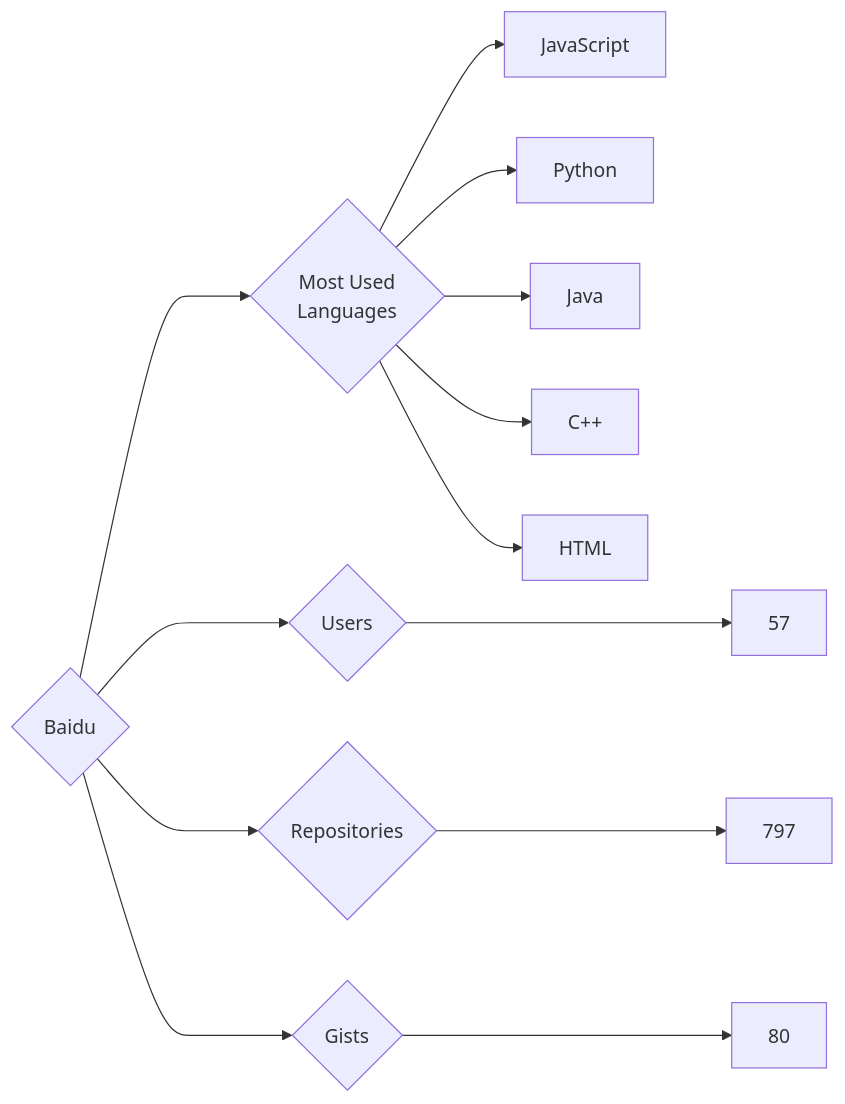
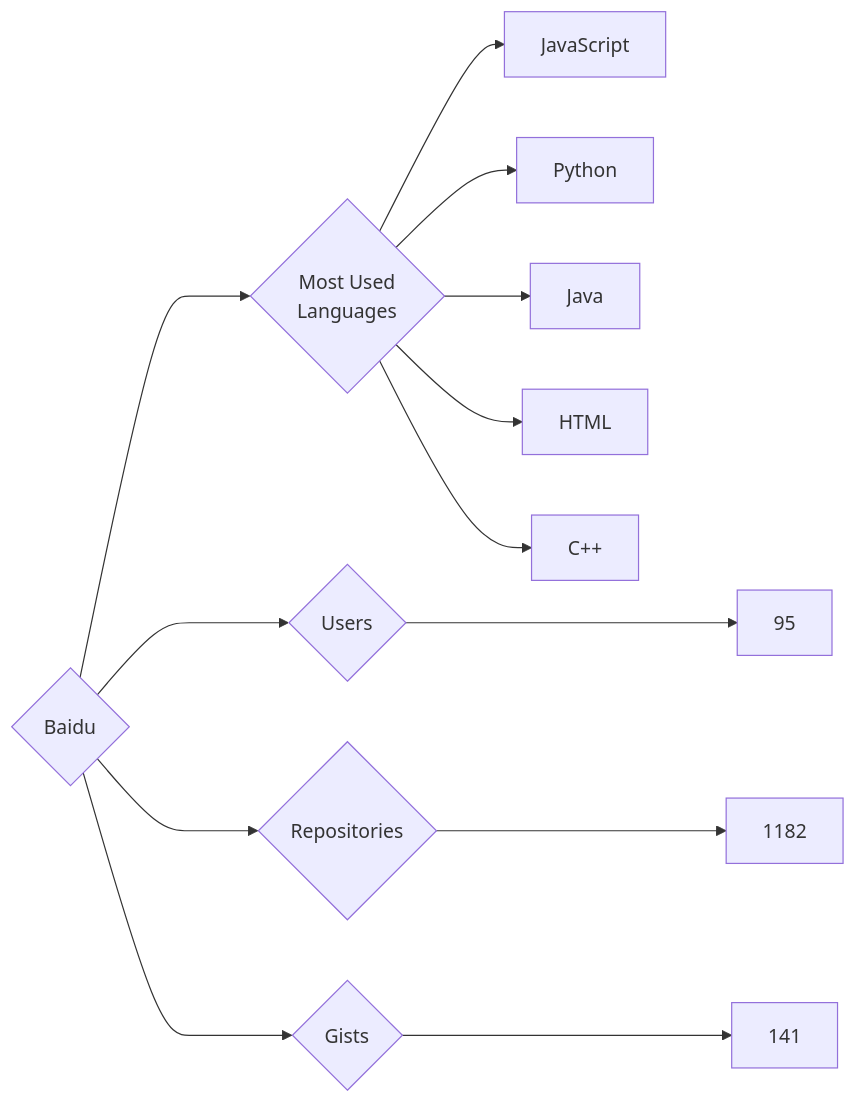
Before and after one commit to trickest/insiders: the diagram in targets/Baidu/README.md, drawn with Mermaid. The commit also changed 765 other files, not shown here.

````diff
--- a/targets/Baidu/README.md
+++ b/targets/Baidu/README.md
@@ -3,13 +3,13 @@
 ```mermaid
 graph LR
 COMPANY_NAME{Baidu}
-COMPANY_NAME ---> U{Users} ---> UN[57]
-COMPANY_NAME ---> R{Repositories} ---> RN[797]
-COMPANY_NAME ---> G{Gists} ---> GN[80]
+COMPANY_NAME ---> U{Users} ---> UN[95]
+COMPANY_NAME ---> R{Repositories} ---> RN[1182]
+COMPANY_NAME ---> G{Gists} ---> GN[141]
 COMPANY_NAME ---> ML{Most Used<br>Languages}
 ML --> JavaScript[JavaScript]
 ML --> Python[Python]
 ML --> Java[Java]
+ML --> HTML[HTML]
 ML --> C++[C++]
-ML --> HTML[HTML]
 ```
````
